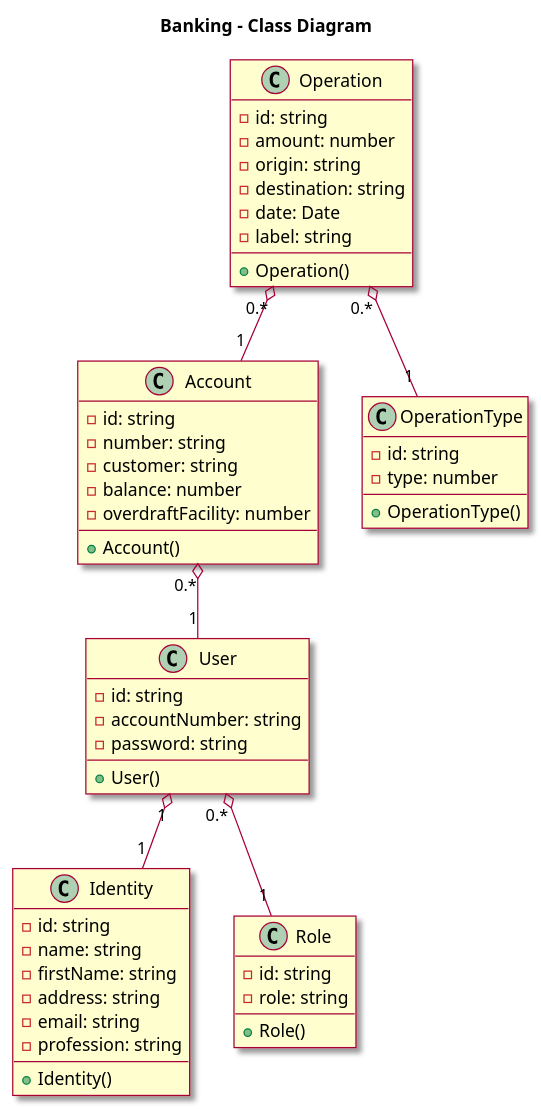
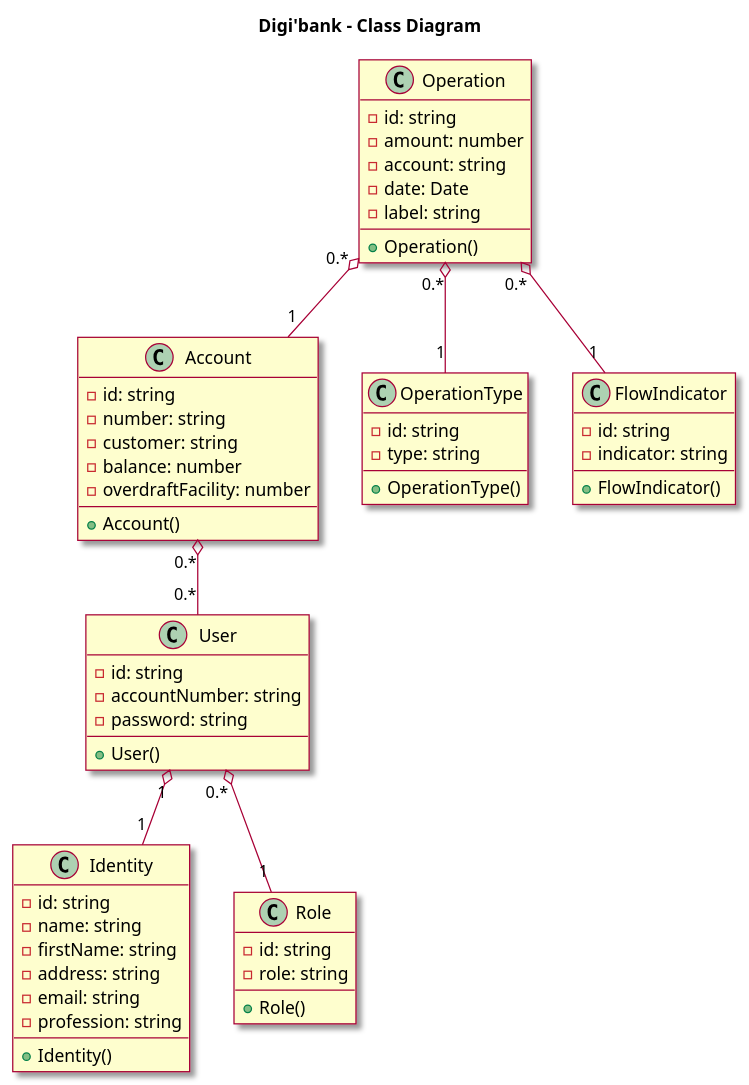
The diagram in docs/banking-class-diagram.wsd (badace7/banking), drawn with PlantUML before and after one commit. The commit also changed 18 other files, not shown here.

```diff
--- a/docs/banking-class-diagram.wsd
+++ b/docs/banking-class-diagram.wsd
@@ -1,62 +1,68 @@
-@startuml
+@startuml banking
 
 skin rose
 
-title Banking - Class Diagram
+title Digi'bank - Class Diagram
 
 
 class Account {
   - id: string
   - number: string
   - customer: string
   - balance: number
   - overdraftFacility: number
   + Account()
 }
 
 class User {
   - id: string
   - accountNumber: string
   - password: string
   + User()
 }
 
 class Identity {
   - id: string
   - name: string
   - firstName: string
   - address: string
   - email: string
   - profession: string
   + Identity()
 }
 
 class Operation {
   - id: string
   - amount: number
-  - origin: string
-  - destination: string
+  - account: string
   - date: Date
   - label: string
   + Operation()
 }
 
 class Role {
   - id: string
   - role: string
   + Role()
 }
 
 class OperationType {
   - id: string
-  - type: number
+  - type: string
   + OperationType()
+}
+
+class FlowIndicator {
+  - id: string
+  - indicator: string
+  + FlowIndicator()
 }
 
 User "0.*" o-- "1" Role
 Operation "0.*" o-- "1" Account
 Operation "0.*" o-- "1" OperationType
-Account "0.*" o-- "1" User
+Operation "0.*" o-- "1" FlowIndicator
+Account "0.*" o-- "0.*" User
 User "1" o-- "1" Identity
 
 @enduml
```
